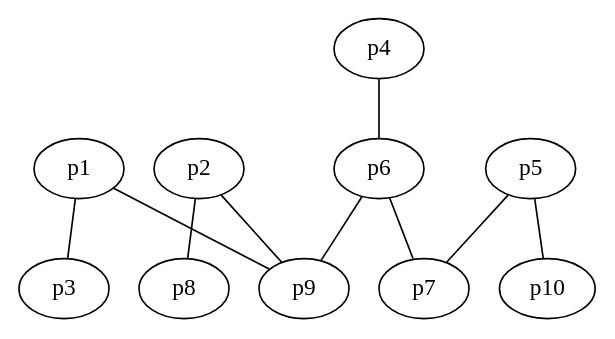
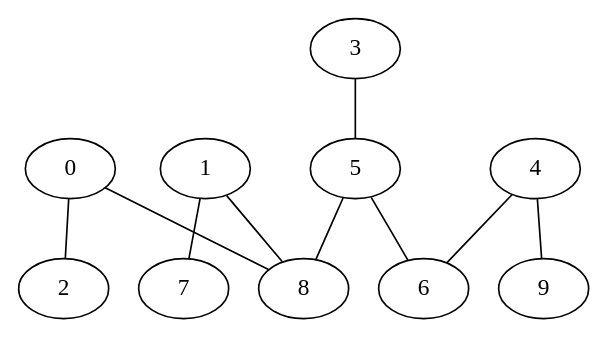
The diagram in practica11/emst_tree.dot (rmz01/CyA), drawn with Graphviz before and after one commit. The commit also changed 12 other files, not shown here.

```diff
--- a/practica11/emst_tree.dot
+++ b/practica11/emst_tree.dot
@@ -1,21 +1,22 @@
-graph {
-  p1 [pos="68,21!"]
-  p2 [pos="57,-60!"]
-  p3 [pos="82,60!"]
-  p4 [pos="-33,-54!"]
-  p5 [pos="-44,-11!"]
-  p6 [pos="-5,-26!"]
-  p7 [pos="-27,-3!"]
-  p8 [pos="90,-83!"]
-  p9 [pos="27,-43!"]
-  p10 [pos="-72,-21!"]
-  p1 -- p3
-  p5 -- p7
-  p5 -- p10
-  p6 -- p7
-  p2 -- p9
-  p6 -- p9
-  p4 -- p6
-  p2 -- p8
-  p1 -- p9
+graph{
+
+ 0 [pos = " 68,-21!"]
+ 1 [pos = " 57,60!"]
+ 2 [pos = " 82,-60!"]
+ 3 [pos = " -33,54!"]
+ 4 [pos = " -44,11!"]
+ 5 [pos = " -5,26!"]
+ 6 [pos = " -27,3!"]
+ 7 [pos = " 90,83!"]
+ 8 [pos = " 27,43!"]
+ 9 [pos = " -72,21!"]
+ 0 -- 2
+ 4 -- 6
+ 4 -- 9
+ 5 -- 6
+ 1 -- 8
+ 5 -- 8
+ 3 -- 5
+ 1 -- 7
+ 0 -- 8
 }
```
